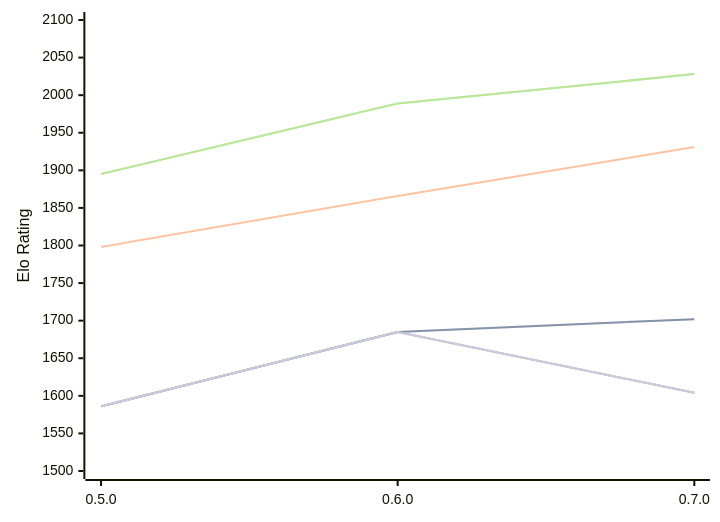
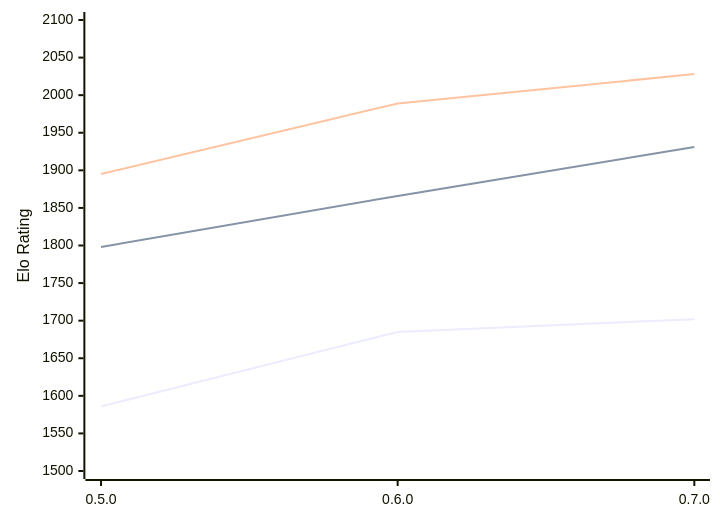
Before and after one commit to computer-chess-index/cci: the diagram in engines/Chess-rs.md, drawn with Mermaid. The commit also changed other lines of this file, not shown here.

````diff
--- a/engines/Chess-rs.md
+++ b/engines/Chess-rs.md
@@ -49,13 +49,9 @@
 ```mermaid
 %%{init: {"theme":"base","themeVariables":{"seriesColors:['#a3a3a3','#222221','#faa371']}}}%%
 xychart-beta
   x-axis ["0.5.0", "0.6.0", "0.7.0"]
   y-axis "Elo Rating" 1500 --> 2100
-  line "" [1586, 1685, 1702]
   line "T1: STC (8.0+0.08s)" [1586, 1685, 1702]
   line "T1: LTC (60.0+0.60s)" [1798, 1866, 1931]
-  line "" [1895, 1989, 2028]
   line "T1: VLTC (2m24s+1.12s)" [1895, 1989, 2028]
-  line "" [1586, 1685,1604]
-  line "E1: STC (8.0+0.08s)" [1586, 1685,1604]
 ```
````
